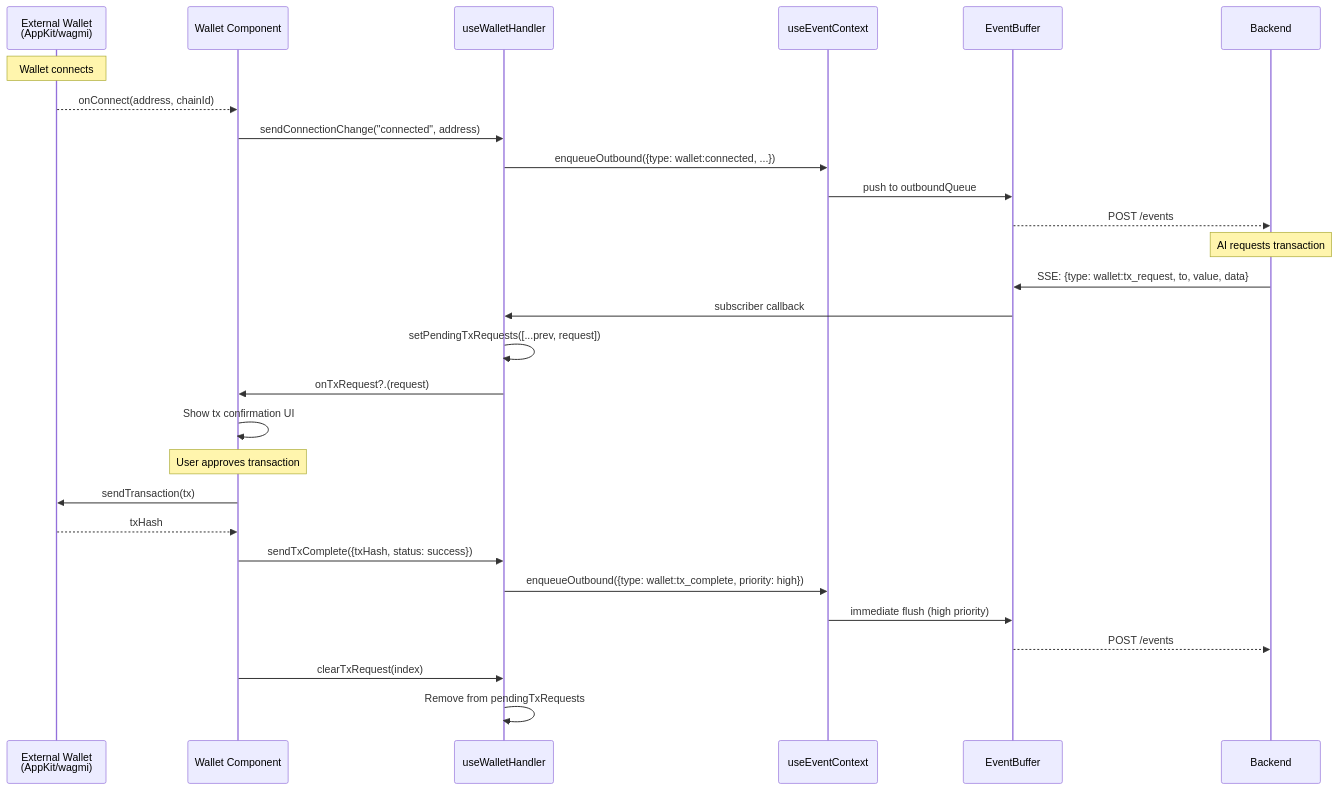
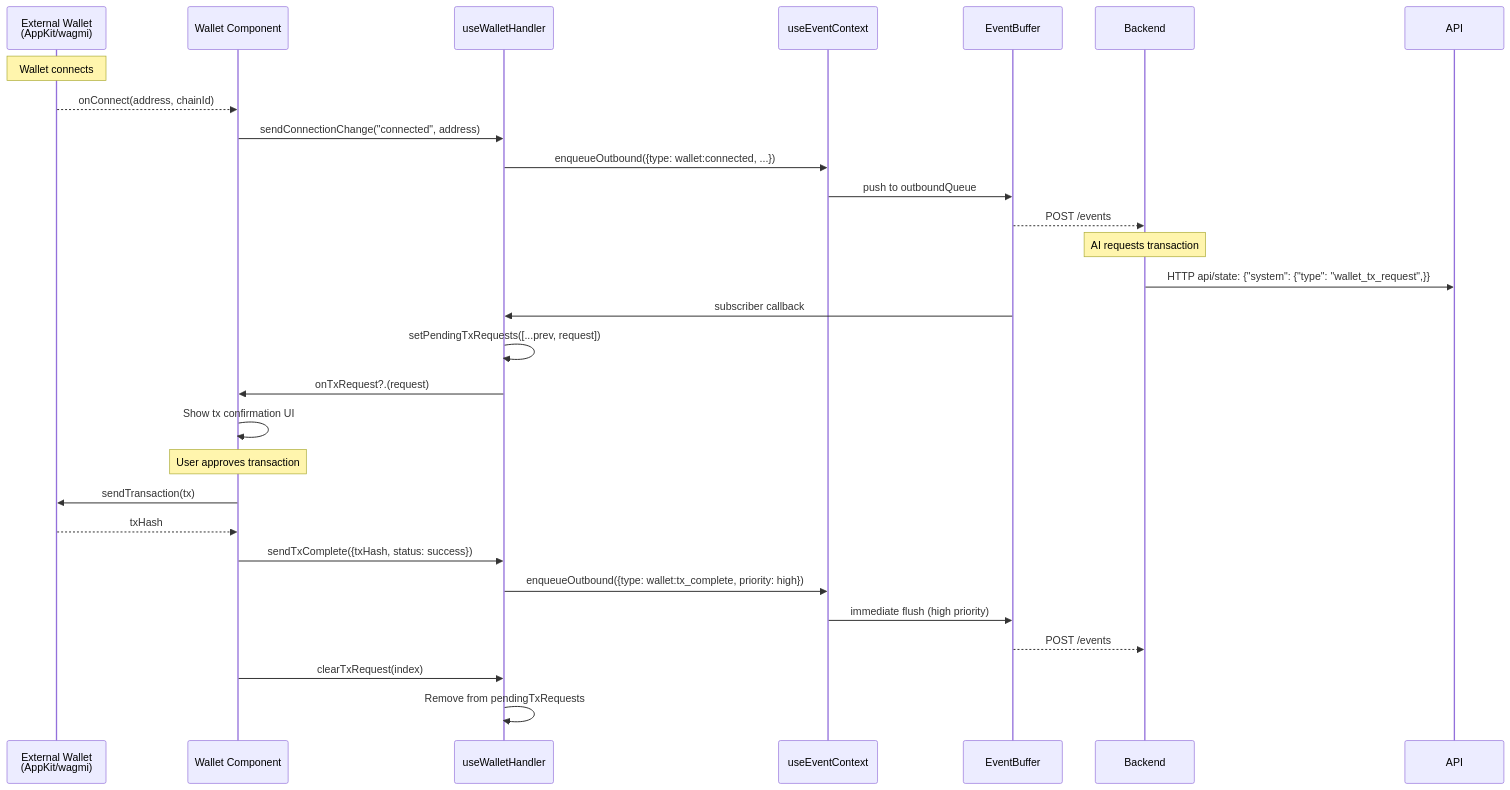
The tenth of 13 diagrams in specs/RUNTIME-ARCH.md (aomi-labs/aomi-widget), drawn with Mermaid before and after one commit. The commit also changed 16 other files, not shown here.

````diff
--- a/specs/RUNTIME-ARCH.md
+++ b/specs/RUNTIME-ARCH.md
@@ -392,35 +392,35 @@
 ```mermaid
 sequenceDiagram
     participant AppKit as External Wallet<br/>(AppKit/wagmi)
     participant WC as Wallet Component
     participant WH as useWalletHandler
     participant EC as useEventContext
     participant EB as EventBuffer
     participant BE as Backend
 
     Note over AppKit: Wallet connects
     AppKit-->>WC: onConnect(address, chainId)
     WC->>WH: sendConnectionChange("connected", address)
     WH->>EC: enqueueOutbound({type: wallet:connected, ...})
     EC->>EB: push to outboundQueue
     EB-->>BE: POST /events
 
     Note over BE: AI requests transaction
-    BE->>EB: SSE: {type: wallet:tx_request, to, value, data}
+    BE->>API: HTTP api/state: {"system": {"type": "wallet_tx_request",}}
     EB->>WH: subscriber callback
     WH->>WH: setPendingTxRequests([...prev, request])
     WH->>WC: onTxRequest?.(request)
     WC->>WC: Show tx confirmation UI
 
     Note over WC: User approves transaction
     WC->>AppKit: sendTransaction(tx)
     AppKit-->>WC: txHash
 
     WC->>WH: sendTxComplete({txHash, status: success})
     WH->>EC: enqueueOutbound({type: wallet:tx_complete, priority: high})
     EC->>EB: immediate flush (high priority)
     EB-->>BE: POST /events
 
     WC->>WH: clearTxRequest(index)
     WH->>WH: Remove from pendingTxRequests
 ```
````
